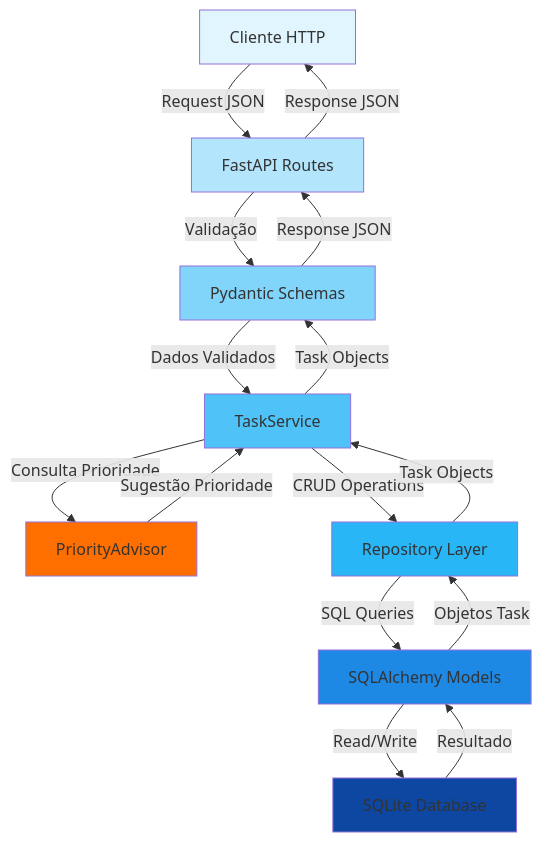
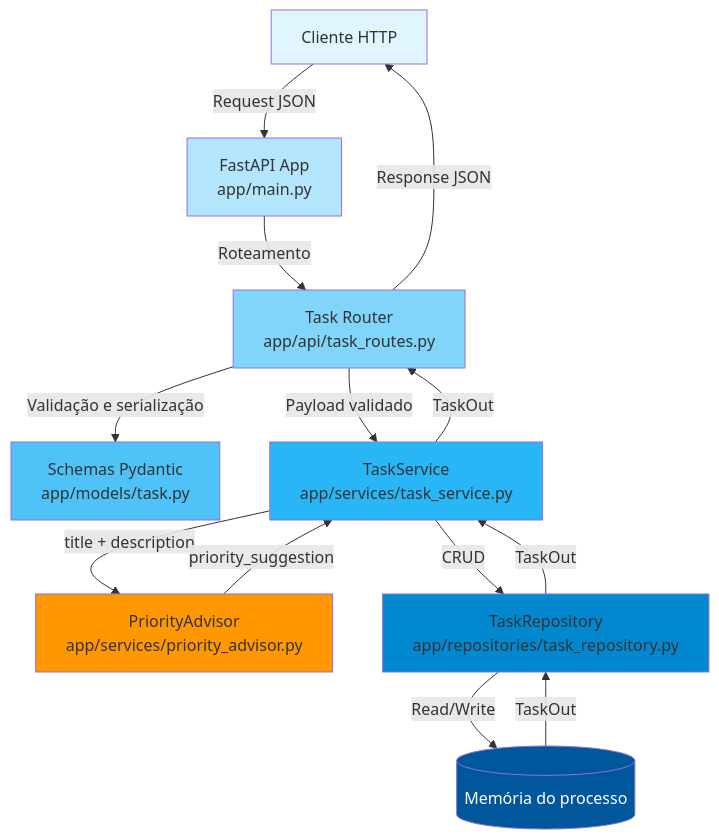
One commit to aersouza/laboratorio-taskapi changed the first of 4 diagrams in docs/diagramas.md. Above: the diagram before and after it, drawn with Mermaid. The commit also changed other lines of this file, not shown here.

Commit message:
docs(diagrams): update in-memory task architecture

````diff
--- a/docs/diagramas.md
+++ b/docs/diagramas.md
@@ -9,26 +9,24 @@
 ```mermaid
 graph TD
-    A[Cliente HTTP] -->|Request JSON| B[FastAPI Routes]
-    B -->|Validação| C[Pydantic Schemas]
-    C -->|Dados Validados| D[TaskService]
-    D -->|Consulta Prioridade| E[PriorityAdvisor]
-    E -->|Sugestão Prioridade| D
-    D -->|CRUD Operations| F[Repository Layer]
-    F -->|SQL Queries| G[SQLAlchemy Models]
-    G -->|Read/Write| H[SQLite Database]
-    H -->|Resultado| G
-    G -->|Objetos Task| F
-    F -->|Task Objects| D
-    D -->|Task Objects| C
-    C -->|Response JSON| B
-    B -->|Response JSON| A
+    A[Cliente HTTP] -->|Request JSON| B[FastAPI App<br/>app/main.py]
+    B -->|Roteamento| C[Task Router<br/>app/api/task_routes.py]
+    C -->|Validação e serialização| D[Schemas Pydantic<br/>app/models/task.py]
+    C -->|Payload validado| E[TaskService<br/>app/services/task_service.py]
+    E -->|title + description| F[PriorityAdvisor<br/>app/services/priority_advisor.py]
+    F -->|priority_suggestion| E
+    E -->|CRUD| G[TaskRepository<br/>app/repositories/task_repository.py]
+    G -->|Read/Write| H[(Memória do processo)]
+    H -->|TaskOut| G
+    G -->|TaskOut| E
+    E -->|TaskOut| C
+    C -->|Response JSON| A
 
     style A fill:#e1f5fe
     style B fill:#b3e5fc
     style C fill:#81d4fa
     style D fill:#4fc3f7
-    style E fill:#ff6f00
-    style F fill:#29b6f6
-    style G fill:#1e88e5
-    style H fill:#0d47a1
+    style E fill:#29b6f6
+    style F fill:#ff9800
+    style G fill:#0288d1
+    style H fill:#01579b,color:#ffffff
 ```
````
